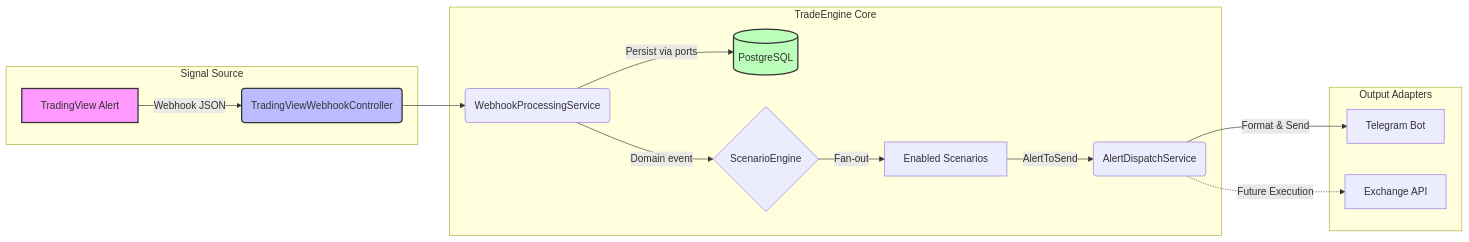
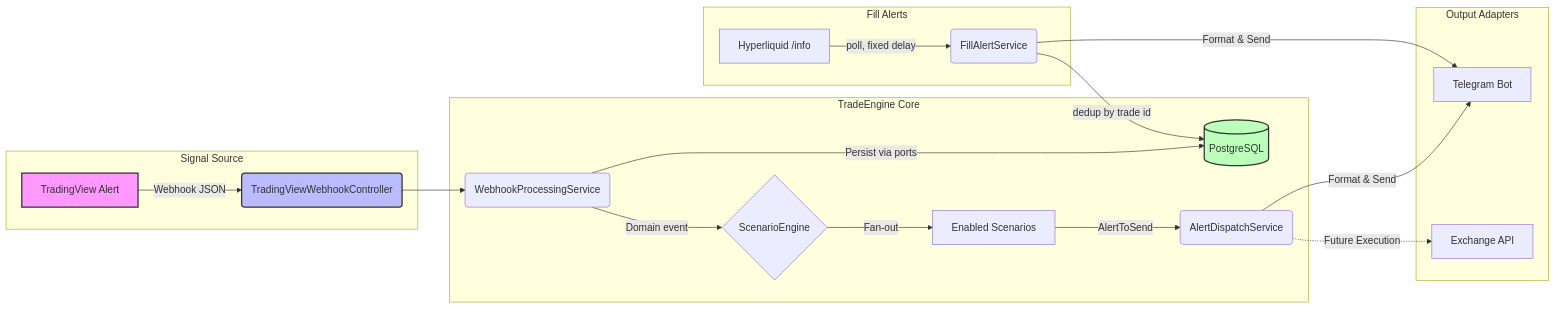
Before and after one commit to Lemanic/TradeEngine: the diagram in README.md, drawn with Mermaid. The commit also changed other lines of this file and 35 other files, not shown here.

Commit message:
hyperliquid alert init

````diff
--- a/README.md
+++ b/README.md
@@ -18,24 +18,30 @@
 ```mermaid
 graph LR
     subgraph Signal Source
     A[TradingView Alert] -->|Webhook JSON| B(TradingViewWebhookController)
     end
 
     subgraph TradeEngine Core
     B --> C(WebhookProcessingService)
     C -->|Persist via ports| E[(PostgreSQL)]
     C -->|Domain event| D{ScenarioEngine}
     D -->|Fan-out| S[Enabled Scenarios]
     S -->|AlertToSend| F(AlertDispatchService)
     end
 
     subgraph Output Adapters
     F -->|Format & Send| G[Telegram Bot]
     F -.->|Future Execution| H[Exchange API]
     end
 
+    subgraph Fill Alerts
+    P[Hyperliquid /info] -->|poll, fixed delay| Q(FillAlertService)
+    Q -->|dedup by trade id| E
+    Q -->|Format & Send| G
+    end
+
     style A fill:#f9f,stroke:#333,stroke-width:2px
     style B fill:#bbf,stroke:#333,stroke-width:2px
     style E fill:#bfb,stroke:#333,stroke-width:2px
 
 ```
````
